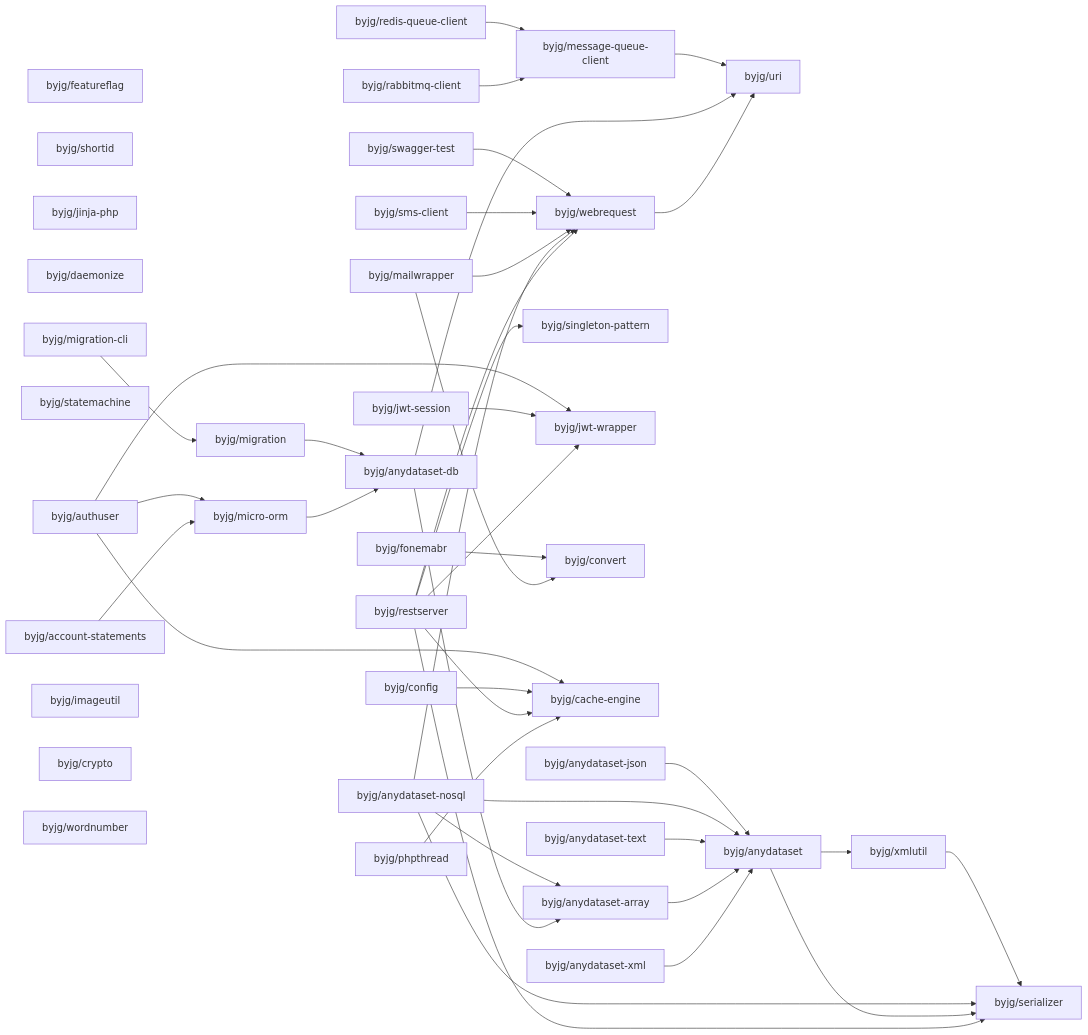
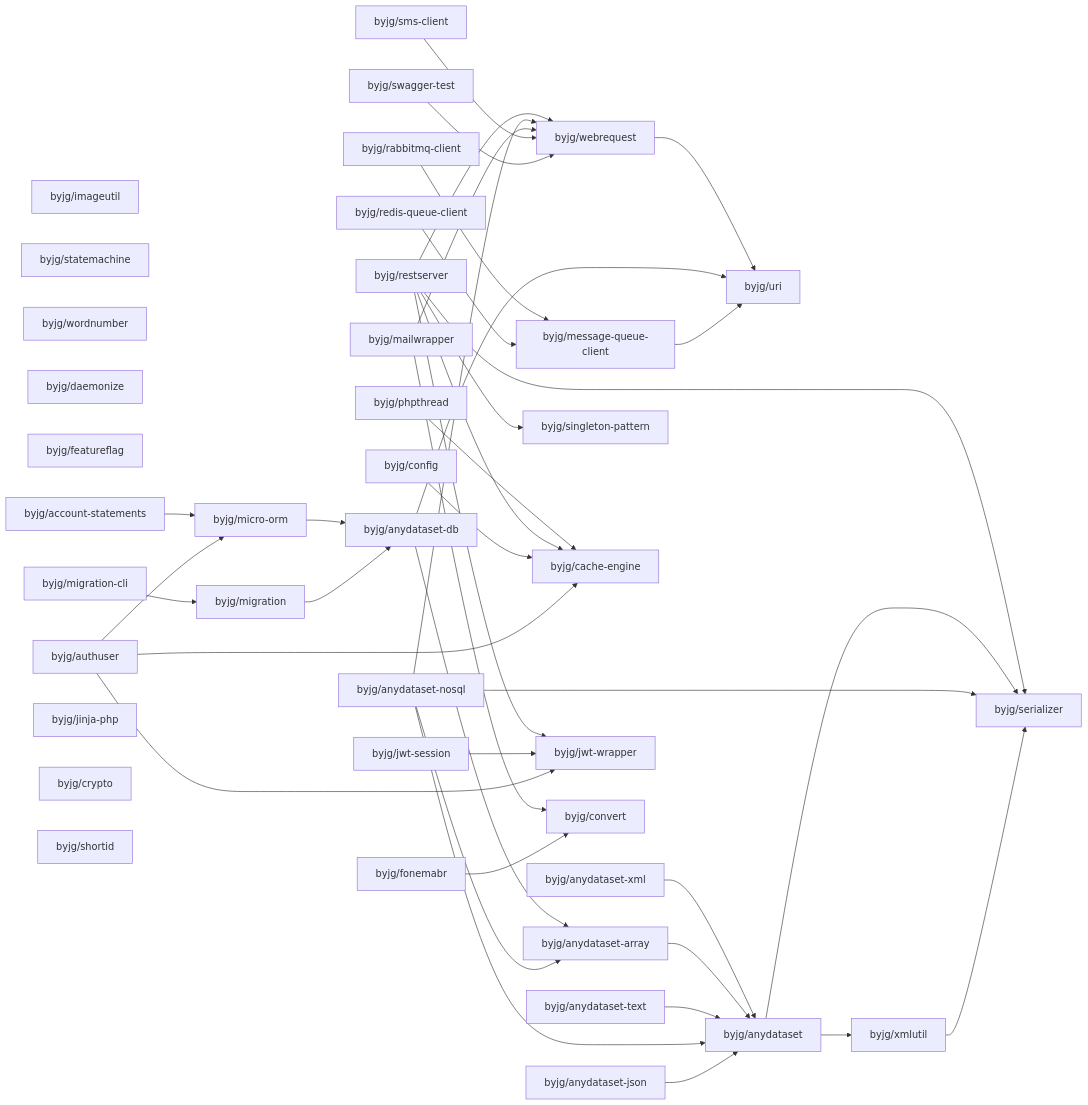
Before and after one commit to byjg/byjg.github.io: the diagram in docs/php/README.md, drawn with Mermaid. The commit also changed other lines of this file, not shown here.

Commit message:
Update documentation 'php' 'php-migration'

````diff
--- a/docs/php/README.md
+++ b/docs/php/README.md
@@ -3,79 +3,79 @@
 ```mermaid
 graph LR;
+  byjg/swagger-test;
+  byjg/imageutil;
+  byjg/phpthread;
+  byjg/statemachine;
+  byjg/sms-client;
+  byjg/wordnumber;
+  byjg/daemonize;
+  byjg/mailwrapper;
+  byjg/redis-queue-client;
   byjg/featureflag;
+  byjg/migration-cli;
+  byjg/account-statements;
+  byjg/authuser;
+  byjg/config;
+  byjg/rabbitmq-client;
+  byjg/anydataset-text;
+  byjg/jinja-php;
+  byjg/anydataset-xml;
   byjg/jwt-session;
+  byjg/anydataset-nosql;
+  byjg/restserver;
+  byjg/anydataset-json;
+  byjg/crypto;
   byjg/shortid;
   byjg/fonemabr;
-  byjg/restserver;
-  byjg/jinja-php;
-  byjg/daemonize;
-  byjg/migration-cli;
-  byjg/phpthread;
-  byjg/redis-queue-client;
-  byjg/statemachine;
-  byjg/authuser;
-  byjg/account-statements;
-  byjg/anydataset-text;
-  byjg/sms-client;
-  byjg/anydataset-json;
-  byjg/swagger-test;
-  byjg/anydataset-xml;
-  byjg/mailwrapper;
-  byjg/imageutil;
-  byjg/config;
-  byjg/crypto;
-  byjg/wordnumber;
-  byjg/anydataset-nosql;
-  byjg/rabbitmq-client;
+  byjg/migration;
+  byjg/micro-orm;
+  byjg/message-queue-client;
   byjg/singleton-pattern;
-  byjg/migration;
-  byjg/jwt-wrapper;
-  byjg/micro-orm;
-  byjg/convert;
   byjg/cache-engine;
   byjg/webrequest;
-  byjg/message-queue-client;
+  byjg/jwt-wrapper;
+  byjg/convert;
   byjg/anydataset-db;
   byjg/anydataset-array;
   byjg/uri;
   byjg/anydataset;
   byjg/xmlutil;
   byjg/serializer;
   byjg/migration --> byjg/anydataset-db;
   byjg/fonemabr --> byjg/convert;
   byjg/swagger-test --> byjg/webrequest;
   byjg/authuser --> byjg/micro-orm;
   byjg/authuser --> byjg/cache-engine;
   byjg/authuser --> byjg/jwt-wrapper;
   byjg/config --> byjg/cache-engine;
   byjg/message-queue-client --> byjg/uri;
   byjg/sms-client --> byjg/webrequest;
   byjg/xmlutil --> byjg/serializer;
   byjg/anydataset-json --> byjg/anydataset;
   byjg/mailwrapper --> byjg/convert;
   byjg/mailwrapper --> byjg/webrequest;
   byjg/anydataset-nosql --> byjg/anydataset;
   byjg/anydataset-nosql --> byjg/anydataset-array;
   byjg/anydataset-nosql --> byjg/serializer;
   byjg/anydataset-nosql --> byjg/webrequest;
   byjg/migration-cli --> byjg/migration;
   byjg/redis-queue-client --> byjg/message-queue-client;
   byjg/jwt-session --> byjg/jwt-wrapper;
   byjg/anydataset --> byjg/serializer;
   byjg/anydataset --> byjg/xmlutil;
   byjg/anydataset-db --> byjg/anydataset-array;
   byjg/anydataset-db --> byjg/uri;
   byjg/anydataset-text --> byjg/anydataset;
   byjg/restserver --> byjg/serializer;
   byjg/restserver --> byjg/singleton-pattern;
   byjg/restserver --> byjg/cache-engine;
   byjg/restserver --> byjg/webrequest;
   byjg/restserver --> byjg/jwt-wrapper;
   byjg/account-statements --> byjg/micro-orm;
   byjg/webrequest --> byjg/uri;
   byjg/micro-orm --> byjg/anydataset-db;
   byjg/anydataset-array --> byjg/anydataset;
   byjg/anydataset-xml --> byjg/anydataset;
   byjg/phpthread --> byjg/cache-engine;
   byjg/rabbitmq-client --> byjg/message-queue-client;
 ```
````
